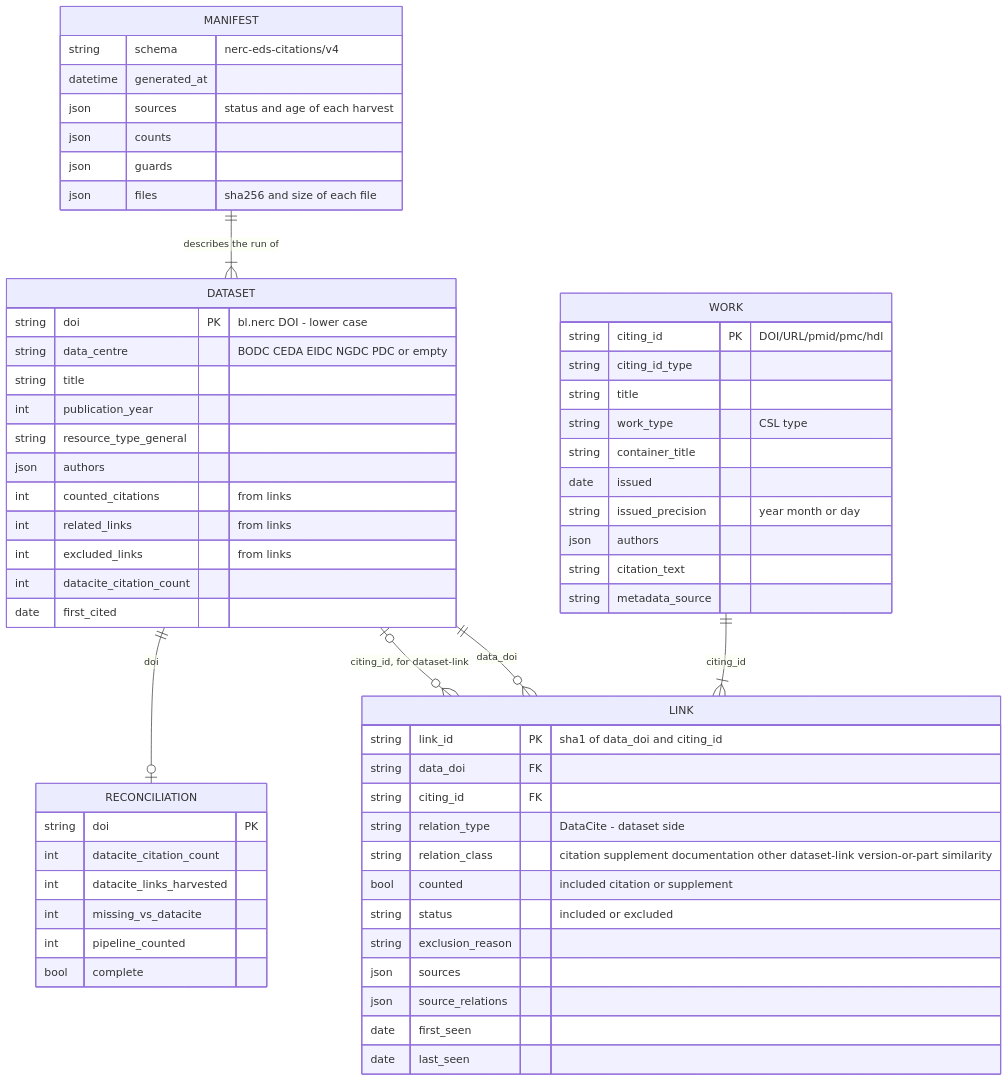
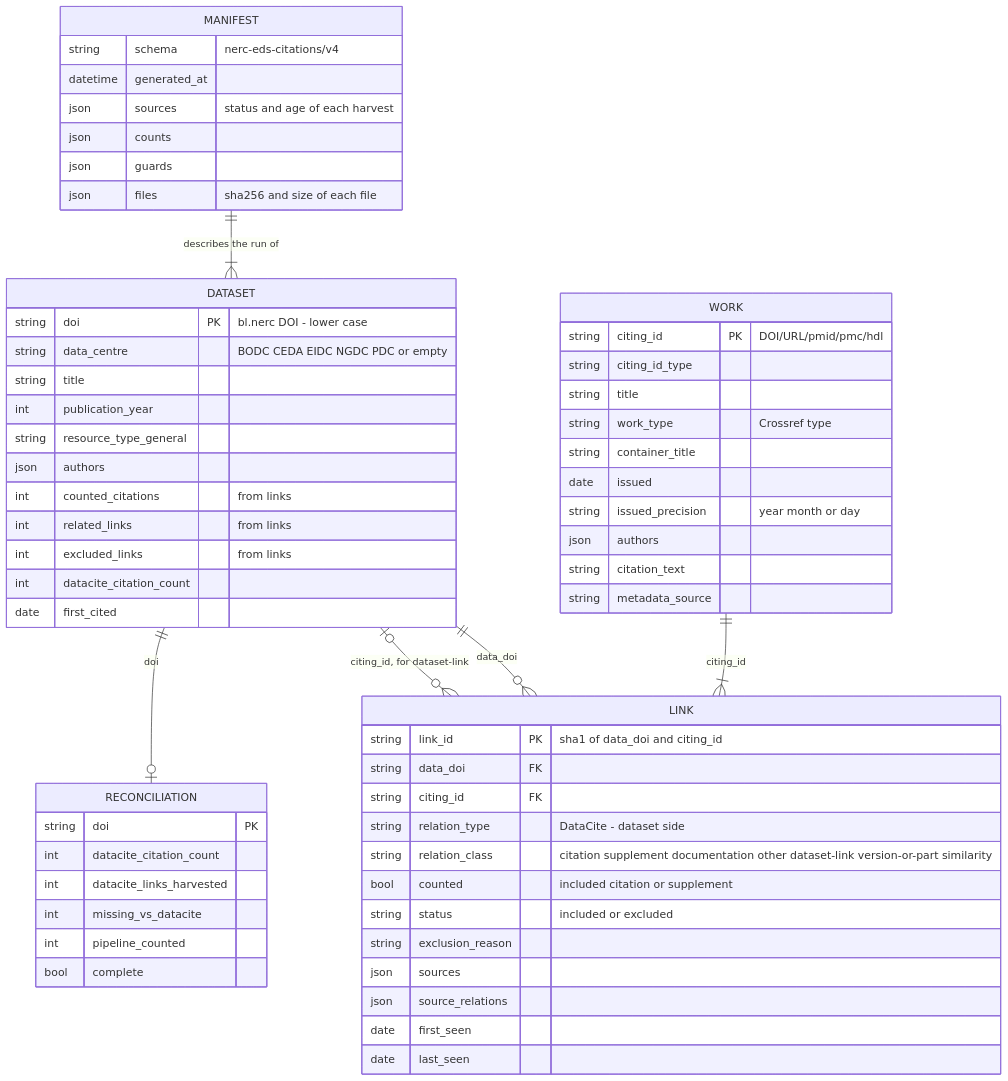
One commit to NERC-EDS/citationNotebook changed the diagram in README.md. Above: the diagram before and after it, drawn with Mermaid. The commit also changed other lines of this file and 9 other files, not shown here.

````diff
--- a/README.md
+++ b/README.md
@@ -117,64 +117,64 @@
 ```mermaid
 erDiagram
     DATASET ||--o{ LINK : "data_doi"
     WORK ||--|{ LINK : "citing_id"
     DATASET |o--o{ LINK : "citing_id, for dataset-link"
     DATASET ||--o| RECONCILIATION : "doi"
     MANIFEST ||--|{ DATASET : "describes the run of"
 
     DATASET {
         string doi PK "bl.nerc DOI - lower case"
         string data_centre "BODC CEDA EIDC NGDC PDC or empty"
         string title
         int publication_year
         string resource_type_general
         json authors
         int counted_citations "from links"
         int related_links "from links"
         int excluded_links "from links"
         int datacite_citation_count
         date first_cited
     }
     LINK {
         string link_id PK "sha1 of data_doi and citing_id"
         string data_doi FK
         string citing_id FK
         string relation_type "DataCite - dataset side"
         string relation_class "citation supplement documentation other dataset-link version-or-part similarity"
         bool counted "included citation or supplement"
         string status "included or excluded"
         string exclusion_reason
         json sources
         json source_relations
         date first_seen
         date last_seen
     }
     WORK {
         string citing_id PK "DOI/URL/pmid/pmc/hdl"
         string citing_id_type
         string title
-        string work_type "CSL type"
+        string work_type "Crossref type"
         string container_title
         date issued
         string issued_precision "year month or day"
         json authors
         string citation_text
         string metadata_source
     }
     RECONCILIATION {
         string doi PK
         int datacite_citation_count
         int datacite_links_harvested
         int missing_vs_datacite
         int pipeline_counted
         bool complete
     }
     MANIFEST {
         string schema "nerc-eds-citations/v4"
         datetime generated_at
         json sources "status and age of each harvest"
         json counts
         json guards
         json files "sha256 and size of each file"
     }
 ```
````
